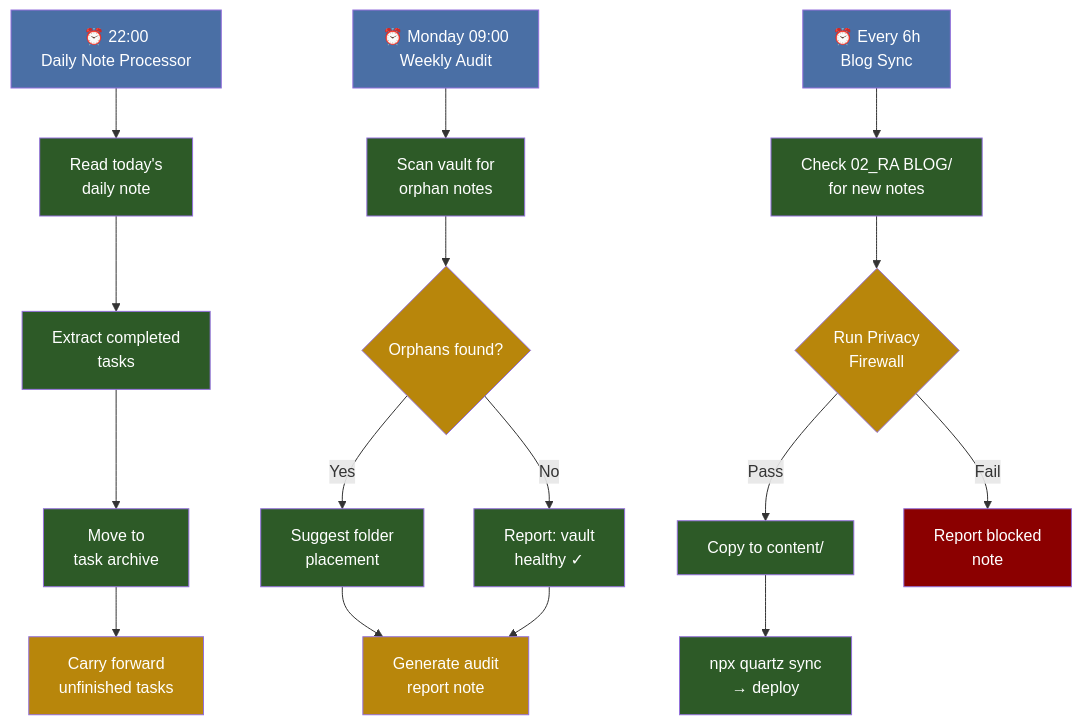
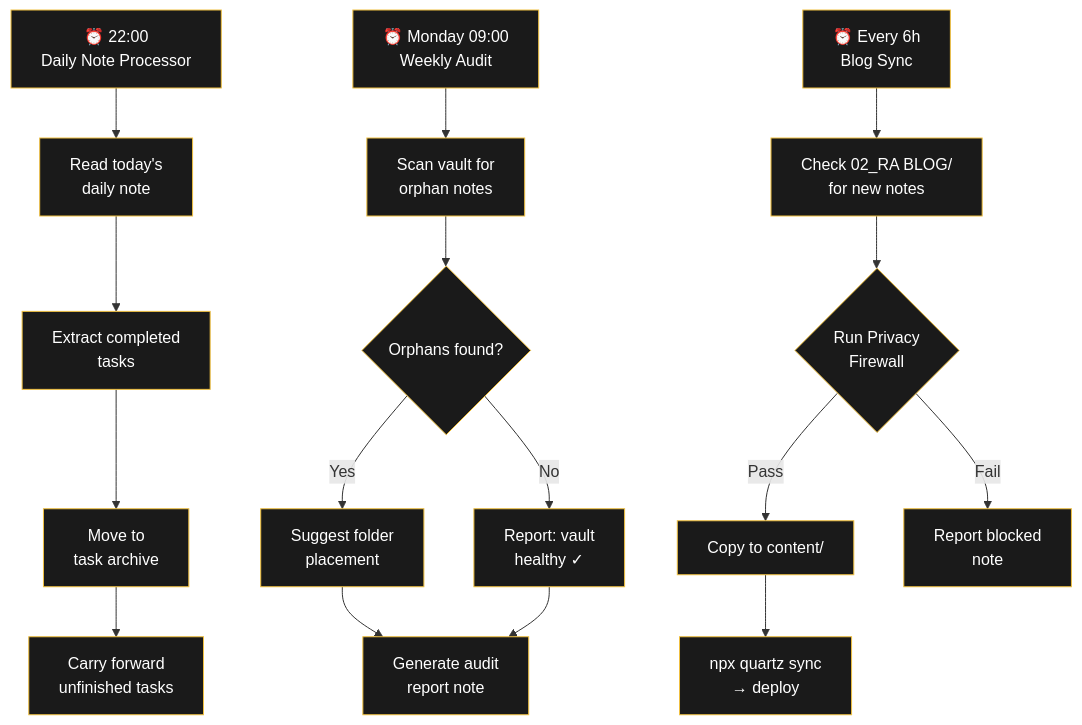
The third of 3 diagrams in content/Projekte/Cron Shop.md (raulmina1/quartz-garden), drawn with Mermaid before and after one commit. The commit also changed other lines of this file and 13 other files, not shown here.

Commit message:
all 10 improvements: dark flowcharts, Plausible analytics, favicon, CNAME for domain, OG images already active

````diff
--- a/content/Projekte/Cron Shop.md
+++ b/content/Projekte/Cron Shop.md
@@ -124,38 +124,38 @@
 ```mermaid
 flowchart TD
     A["⏰ 22:00<br/>Daily Note Processor"] --> B[Read today's<br/>daily note]
     B --> C[Extract completed<br/>tasks]
     C --> D[Move to<br/>task archive]
     D --> E[Carry forward<br/>unfinished tasks]
     
     F["⏰ Monday 09:00<br/>Weekly Audit"] --> G[Scan vault for<br/>orphan notes]
     G --> H{Orphans found?}
     H -->|Yes| I[Suggest folder<br/>placement]
     H -->|No| J[Report: vault<br/>healthy ✓]
     I --> K[Generate audit<br/>report note]
     J --> K
     
     L["⏰ Every 6h<br/>Blog Sync"] --> M[Check 02_RA BLOG/<br/>for new notes]
     M --> N{Run Privacy<br/>Firewall}
     N -->|Pass| O[Copy to content/]
     N -->|Fail| P[Report blocked<br/>note]
     O --> Q["npx quartz sync<br/>→ deploy"]
     
-    style A fill:#4a6fa5,color:#fff
-    style B fill:#2d5a27,color:#fff
-    style C fill:#2d5a27,color:#fff
-    style D fill:#2d5a27,color:#fff
-    style E fill:#b8860b,color:#fff
-    style F fill:#4a6fa5,color:#fff
-    style G fill:#2d5a27,color:#fff
-    style H fill:#b8860b,color:#fff
-    style I fill:#2d5a27,color:#fff
-    style J fill:#2d5a27,color:#fff
-    style K fill:#b8860b,color:#fff
-    style L fill:#4a6fa5,color:#fff
-    style M fill:#2d5a27,color:#fff
-    style N fill:#b8860b,color:#fff
-    style O fill:#2d5a27,color:#fff
-    style P fill:#8b0000,color:#fff
-    style Q fill:#2d5a27,color:#fff
+    style A fill:#1a1a1a,stroke:#f0c040,color:#fff
+    style B fill:#1a1a1a,stroke:#f0c040,color:#fff
+    style C fill:#1a1a1a,stroke:#f0c040,color:#fff
+    style D fill:#1a1a1a,stroke:#f0c040,color:#fff
+    style E fill:#1a1a1a,stroke:#f0c040,color:#fff
+    style F fill:#1a1a1a,stroke:#f0c040,color:#fff
+    style G fill:#1a1a1a,stroke:#f0c040,color:#fff
+    style H fill:#1a1a1a,stroke:#f0c040,color:#fff
+    style I fill:#1a1a1a,stroke:#f0c040,color:#fff
+    style J fill:#1a1a1a,stroke:#f0c040,color:#fff
+    style K fill:#1a1a1a,stroke:#f0c040,color:#fff
+    style L fill:#1a1a1a,stroke:#f0c040,color:#fff
+    style M fill:#1a1a1a,stroke:#f0c040,color:#fff
+    style N fill:#1a1a1a,stroke:#f0c040,color:#fff
+    style O fill:#1a1a1a,stroke:#f0c040,color:#fff
+    style P fill:#1a1a1a,stroke:#f0c040,color:#fff
+    style Q fill:#1a1a1a,stroke:#f0c040,color:#fff
 ```
````
